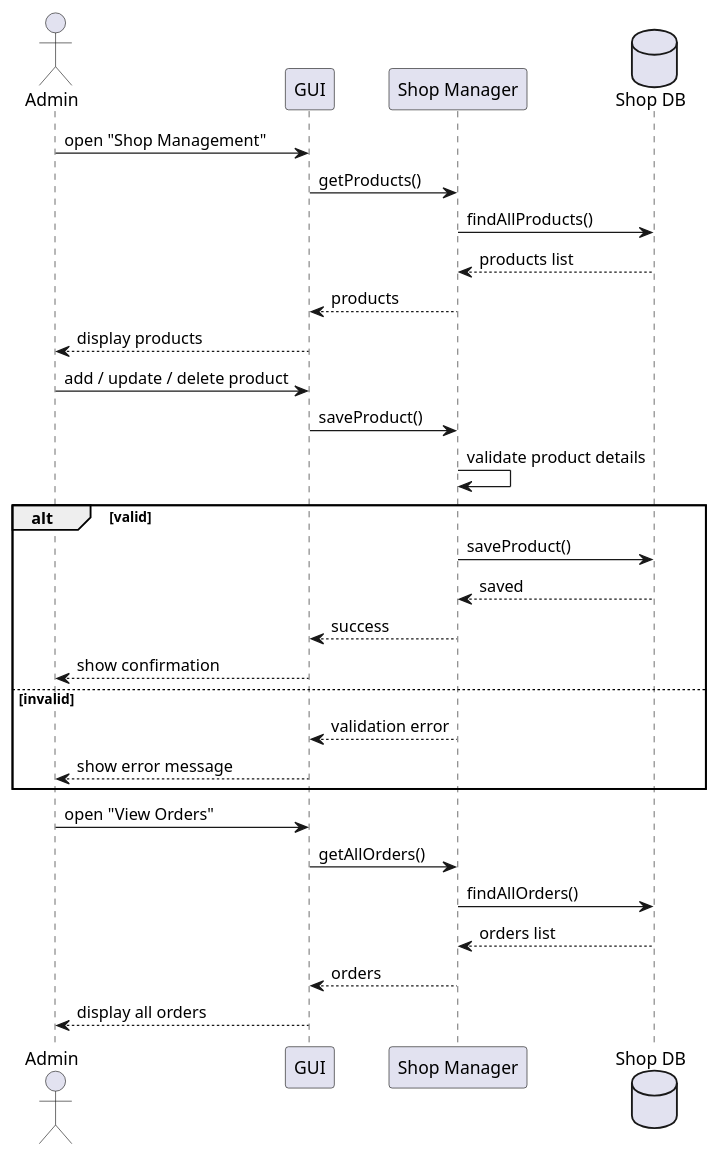
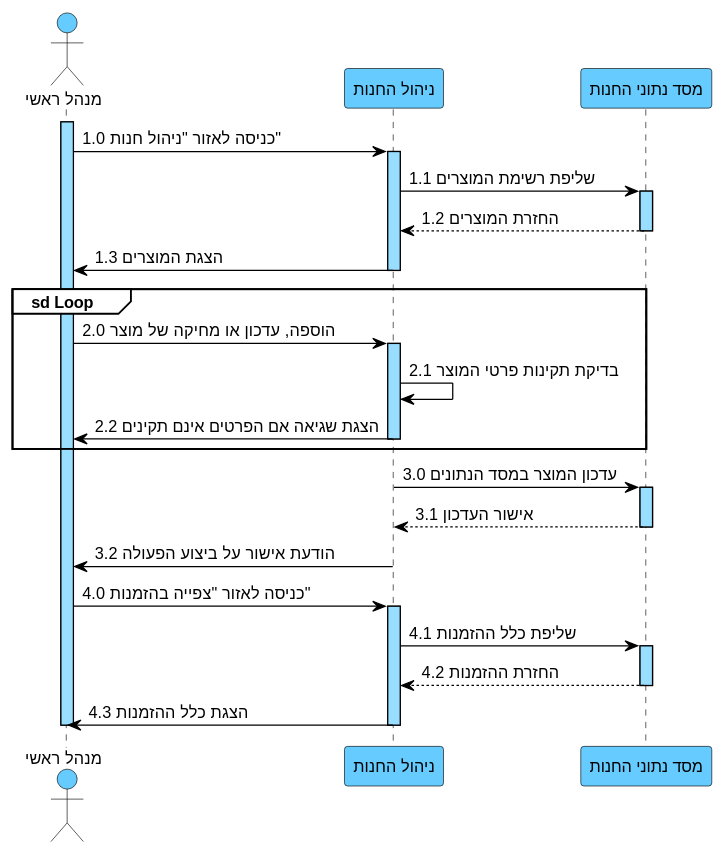
Before and after one commit to arielkaplan20/GOLDEN_HAIR_SALOAN: the diagram in docs/diagrams/puml/12-seq-suc12-ניהול-חנות.puml, drawn with PlantUML. The commit also changed 26 other files, not shown here.

```diff
--- a/docs/diagrams/puml/12-seq-suc12-ניהול-חנות.puml
+++ b/docs/diagrams/puml/12-seq-suc12-ניהול-חנות.puml
@@ -1,31 +1,60 @@
 @startuml
-actor Admin
-participant GUI
-participant "Shop Manager" as SM
-database "Shop DB" as DB
+skinparam backgroundColor white
+skinparam defaultFontName Arial
+skinparam defaultFontSize 13
+skinparam sequence {
+ArrowColor black
+ArrowFontColor black
+ActorBorderColor black
+ActorBackgroundColor #66CCFF
+LifeLineBorderColor black
+LifeLineBackgroundColor #99DDFF
+ParticipantBorderColor black
+ParticipantBackgroundColor #66CCFF
+ParticipantFontColor black
+ParticipantFontSize 13
+GroupBorderColor black
+GroupBackgroundColor white
+GroupHeaderFontColor black
+}
 
-Admin -> GUI : open "Shop Management"
-GUI -> SM : getProducts()
-SM -> DB : findAllProducts()
-DB --> SM : products list
-SM --> GUI : products
-GUI --> Admin : display products
-Admin -> GUI : add / update / delete product
-GUI -> SM : saveProduct()
-SM -> SM : validate product details
-alt valid
-SM -> DB : saveProduct()
-DB --> SM : saved
-SM --> GUI : success
-GUI --> Admin : show confirmation
-else invalid
-SM --> GUI : validation error
-GUI --> Admin : show error message
+actor "מנהל ראשי" as A
+participant "ניהול החנות" as SM
+participant "מסד נתוני החנות" as DB
+
+activate A
+A -> SM : 1.0 כניסה לאזור "ניהול חנות"
+activate SM
+SM -> DB : 1.1 שליפת רשימת המוצרים
+activate DB
+DB --> SM : 1.2 החזרת המוצרים
+deactivate DB
+SM -> A : 1.3 הצגת המוצרים
+deactivate SM
+
+group sd Loop
+A -> SM : 2.0 הוספה, עדכון או מחיקה של מוצר
+activate SM
+SM -> SM : 2.1 בדיקת תקינות פרטי המוצר
+SM -> A : 2.2 הצגת שגיאה אם הפרטים אינם תקינים
+deactivate SM
 end
-Admin -> GUI : open "View Orders"
-GUI -> SM : getAllOrders()
-SM -> DB : findAllOrders()
-DB --> SM : orders list
-SM --> GUI : orders
-GUI --> Admin : display all orders
+
+activate SM
+SM -> DB : 3.0 עדכון המוצר במסד הנתונים
+activate DB
+DB --> SM : 3.1 אישור העדכון
+deactivate DB
+SM -> A : 3.2 הודעת אישור על ביצוע הפעולה
+deactivate SM
+
+A -> SM : 4.0 כניסה לאזור "צפייה בהזמנות"
+activate SM
+SM -> DB : 4.1 שליפת כלל ההזמנות
+activate DB
+DB --> SM : 4.2 החזרת ההזמנות
+deactivate DB
+SM -> A : 4.3 הצגת כלל ההזמנות
+deactivate SM
+deactivate A
 @enduml
```
